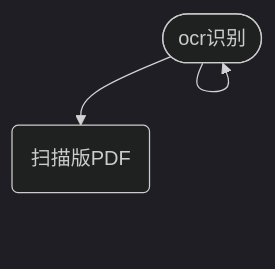
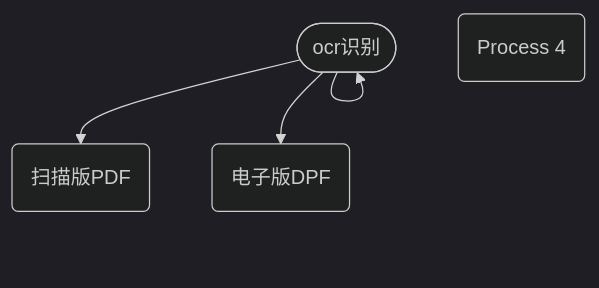
Before and after one commit to fireflysss/mermaid-notes: the diagram in notes/未命名_da3b1e9d-46b8-4fe8-a207-538027b2306b.md, drawn with Mermaid (dark theme). The commit also changed 3 other files, not shown here.

Commit message:
Sync Mermaid Studio data (12 diagrams)

````diff
--- a/notes/未命名_da3b1e9d-46b8-4fe8-a207-538027b2306b.md
+++ b/notes/未命名_da3b1e9d-46b8-4fe8-a207-538027b2306b.md
@@ -3,8 +3,11 @@
 ```mermaid
 flowchart TD
   n_0(["ocr识别"])
   n_1("扫描版PDF")
+  n_2("电子版DPF")
+  n_3("Process 4")
   n_0 --> n_0
   n_0 --> n_1
+  n_0 --> n_2
 
 ```
````
